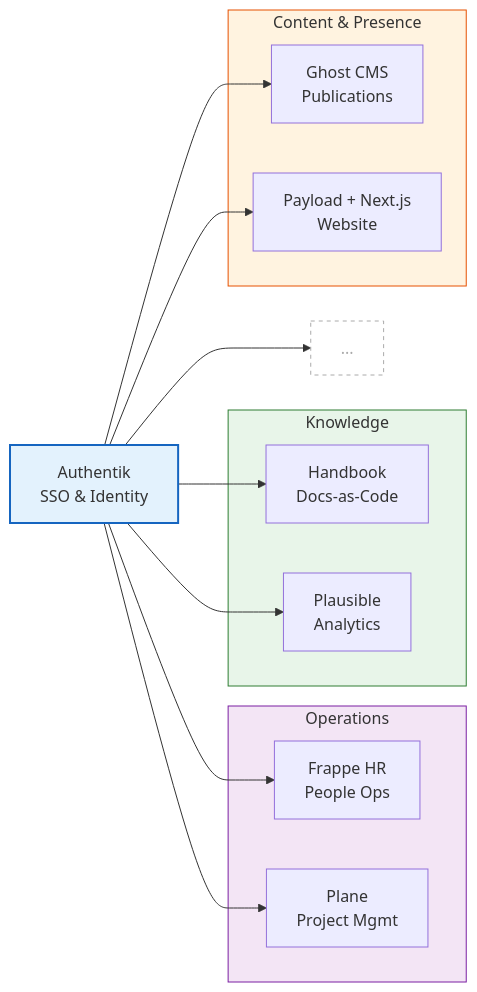
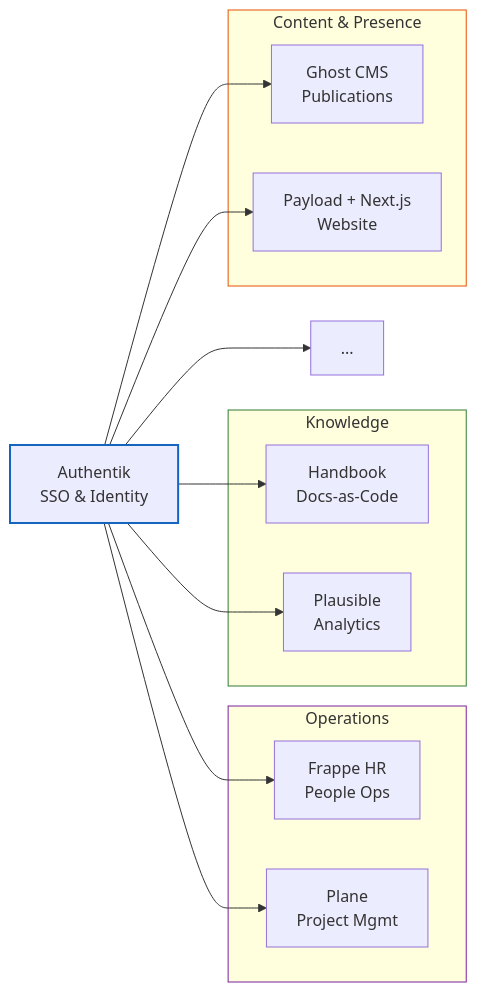
Before and after one commit to uzayer/masterdoc-fumadocs: the diagram in content/docs/projects/organisational-systems.mdx, drawn with Mermaid. The commit also changed 3 other files, not shown here.

First line of the commit message:
feat(layout): timeline steps for history, adaptive mermaid theming

````diff
--- a/content/docs/projects/organisational-systems.mdx
+++ b/content/docs/projects/organisational-systems.mdx
@@ -165,32 +165,31 @@
 ```mermaid
 flowchart LR
     Auth["Authentik<br>SSO & Identity"]
 
     subgraph Ops["Operations"]
         HR["Frappe HR<br>People Ops"]
         PM["Plane<br>Project Mgmt"]
     end
 
     subgraph Knowledge["Knowledge"]
         Handbook["Handbook<br>Docs-as-Code"]
         Analytics["Plausible<br>Analytics"]
     end
 
     subgraph Content["Content & Presence"]
         Ghost["Ghost CMS<br>Publications"]
         Web["Payload + Next.js<br>Website"]
     end
 
     MORE["..."]
 
     Auth --> HR & PM
     Auth --> Handbook & Analytics
     Auth --> Ghost & Web
     Auth --> MORE
 
-    style Auth fill:#e3f2fd,stroke:#1565c0,stroke-width:2px
-    style Ops fill:#f3e5f5,stroke:#7b1fa2
-    style Knowledge fill:#e8f5e9,stroke:#2e7d32
-    style Content fill:#fff3e0,stroke:#e65100
-    style MORE fill:#ffffff,stroke:#aaaaaa,stroke-width:1px,stroke-dasharray: 4 4,color:#aaaaaa
+    style Auth stroke:#1565c0,stroke-width:2px
+    style Ops stroke:#7b1fa2
+    style Knowledge stroke:#2e7d32
+    style Content stroke:#e65100
 ```
````
